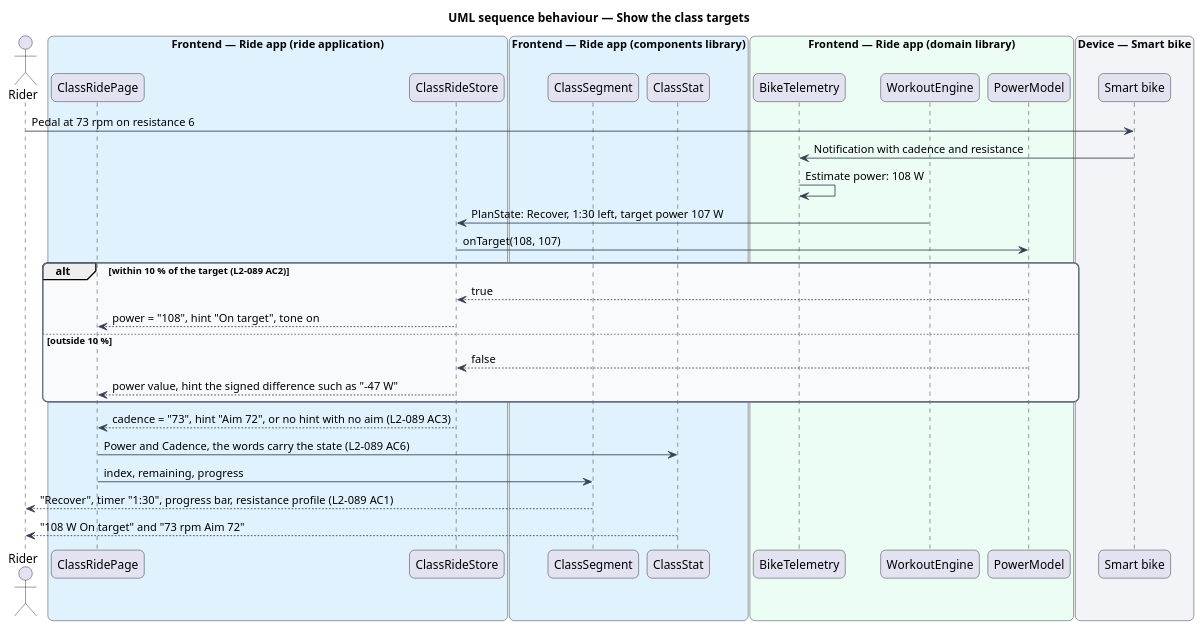
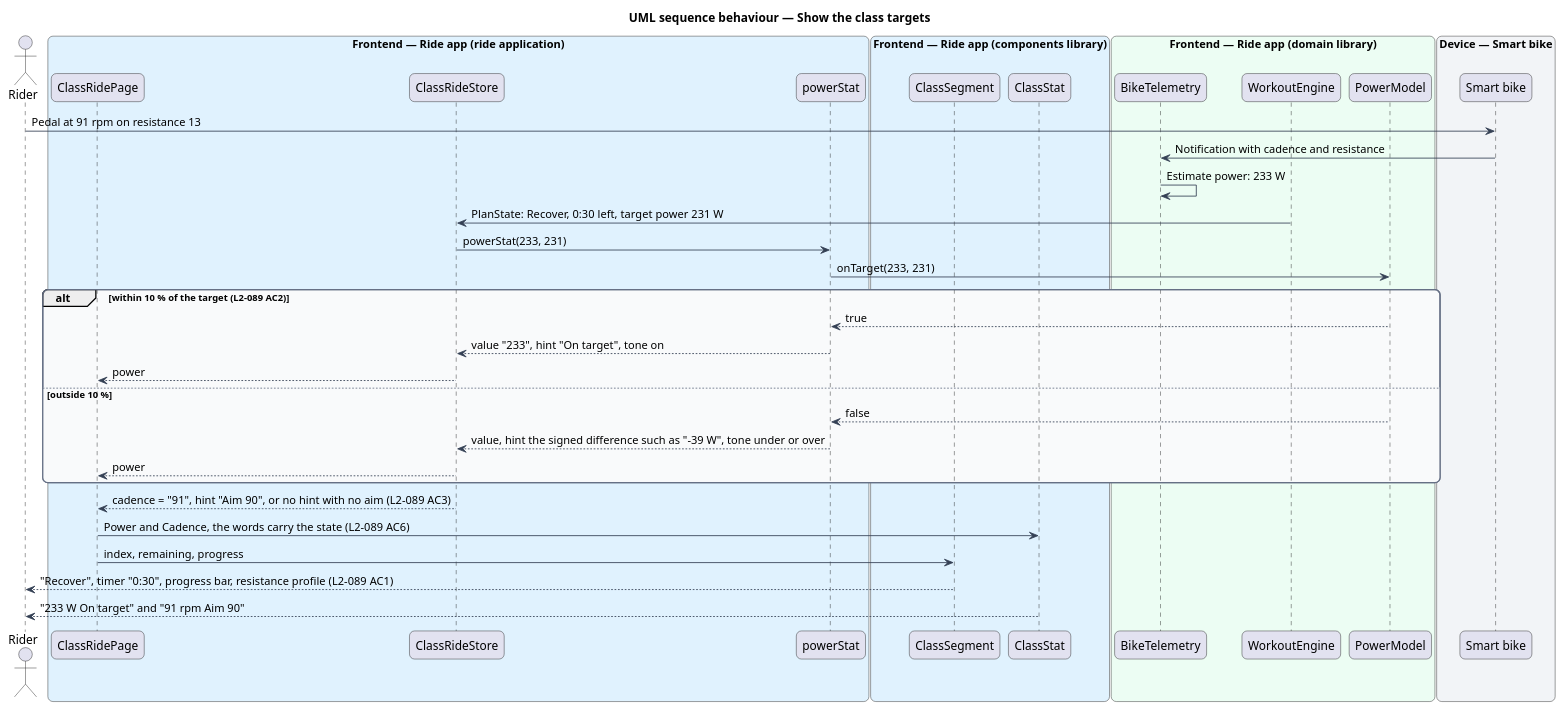
Before and after one commit to QuinntyneBrown/ride-one: the diagram in docs/detailed-designs/class-ride/ride-the-class/diagrams/sequence-show-the-class-targets.puml, drawn with PlantUML. The commit also changed 91 other files, not shown here.

```diff
--- a/docs/detailed-designs/class-ride/ride-the-class/diagrams/sequence-show-the-class-targets.puml
+++ b/docs/detailed-designs/class-ride/ride-the-class/diagrams/sequence-show-the-class-targets.puml
@@ -1,51 +1,55 @@
 @startuml
 title UML sequence behaviour — Show the class targets
 skinparam backgroundColor #FFFFFF
 skinparam shadowing false
 skinparam roundcorner 12
 skinparam defaultFontName Arial
 skinparam ArrowColor #344054
 skinparam rectangle {
   BorderColor #344054
   FontColor #101828
 }
 skinparam package {
   BorderColor #667085
   FontColor #101828
   BackgroundColor #F9FAFB
 }
 actor "Rider" as rider
 box "Frontend — Ride app (ride application)" #E0F2FE
   participant "ClassRidePage" as page
   participant "ClassRideStore" as store
+  participant "powerStat" as helper
 end box
 box "Frontend — Ride app (components library)" #E0F2FE
   participant "ClassSegment" as seg
   participant "ClassStat" as stat
 end box
 box "Frontend — Ride app (domain library)" #ECFDF3
   participant "BikeTelemetry" as telemetry
   participant "WorkoutEngine" as engine
   participant "PowerModel" as model
 end box
 box "Device — Smart bike" #F2F4F7
   participant "Smart bike" as bike
 end box
-rider -> bike : Pedal at 73 rpm on resistance 6
+rider -> bike : Pedal at 91 rpm on resistance 13
 bike -> telemetry : Notification with cadence and resistance
-telemetry -> telemetry : Estimate power: 108 W
-engine -> store : PlanState: Recover, 1:30 left, target power 107 W
-store -> model : onTarget(108, 107)
+telemetry -> telemetry : Estimate power: 233 W
+engine -> store : PlanState: Recover, 0:30 left, target power 231 W
+store -> helper : powerStat(233, 231)
+helper -> model : onTarget(233, 231)
 alt within 10 % of the target (L2-089 AC2)
-  model --> store : true
-  store --> page : power = "108", hint "On target", tone on
+  model --> helper : true
+  helper --> store : value "233", hint "On target", tone on
+  store --> page : power
 else outside 10 %
-  model --> store : false
-  store --> page : power value, hint the signed difference such as "-47 W"
+  model --> helper : false
+  helper --> store : value, hint the signed difference such as "-39 W", tone under or over
+  store --> page : power
 end
-store --> page : cadence = "73", hint "Aim 72", or no hint with no aim (L2-089 AC3)
+store --> page : cadence = "91", hint "Aim 90", or no hint with no aim (L2-089 AC3)
 page -> stat : Power and Cadence, the words carry the state (L2-089 AC6)
 page -> seg : index, remaining, progress
-seg --> rider : "Recover", timer "1:30", progress bar, resistance profile (L2-089 AC1)
-stat --> rider : "108 W On target" and "73 rpm Aim 72"
+seg --> rider : "Recover", timer "0:30", progress bar, resistance profile (L2-089 AC1)
+stat --> rider : "233 W On target" and "91 rpm Aim 90"
 @enduml
```
